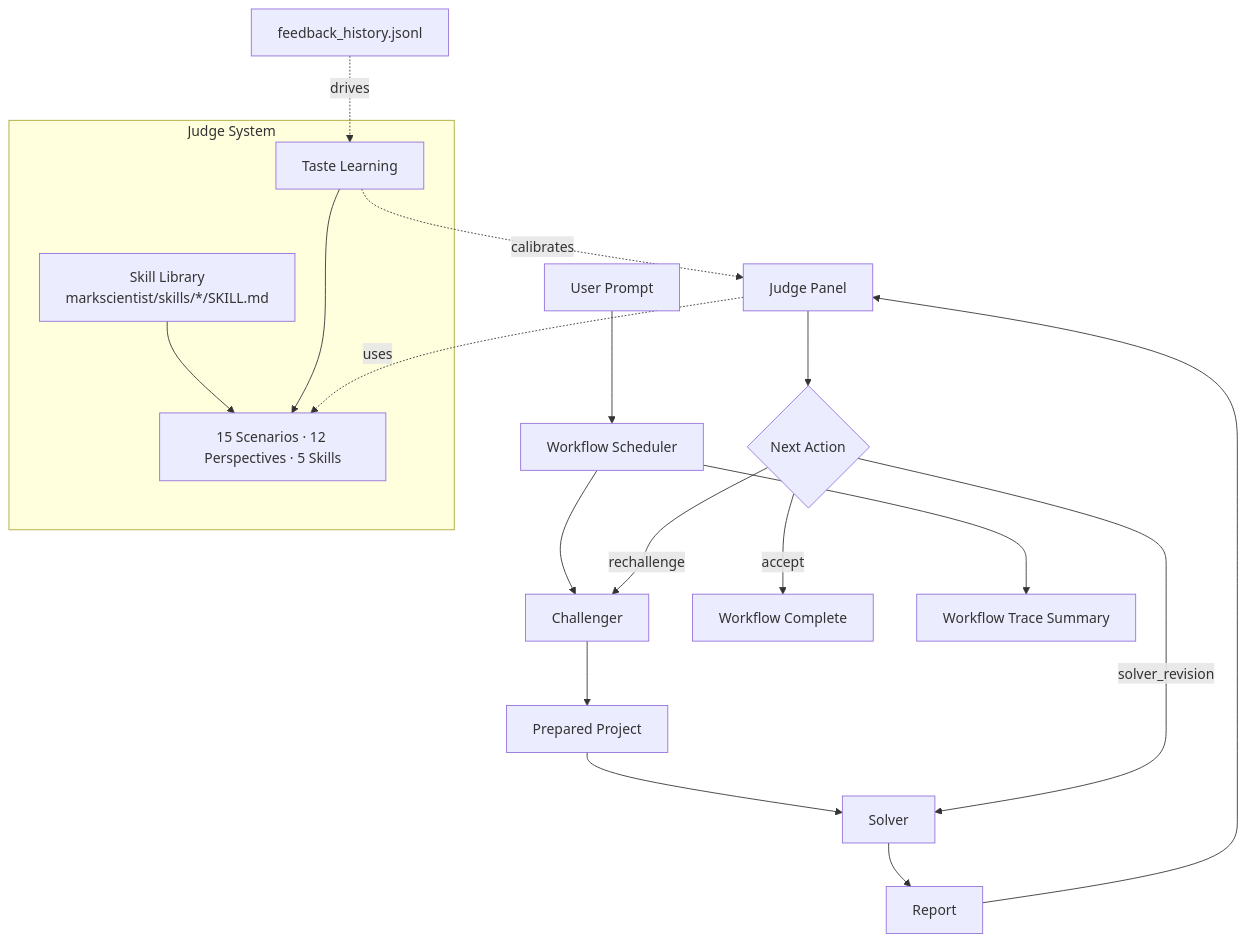
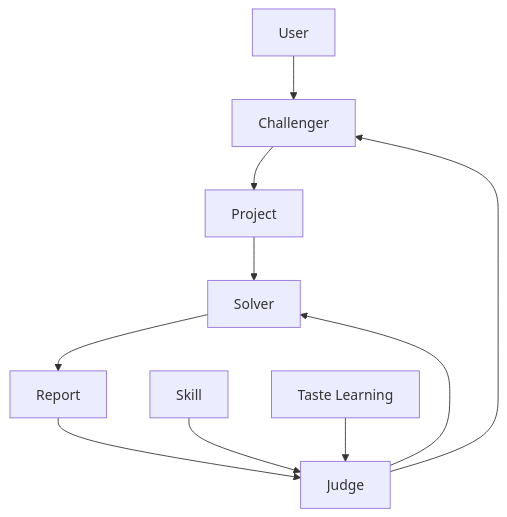
One commit to robbenplus/MarkScientist changed the first of 2 diagrams in README.md. Above: the diagram before and after it, drawn with Mermaid.

Commit message:
Simplify workflow diagram

````diff
--- a/README.md
+++ b/README.md
@@ -107,25 +107,21 @@
 ```mermaid
 flowchart TD
-    subgraph JPS[Judge System]
-        META[15 Scenarios · 12 Perspectives · 5 Skills]
-        SK[Skill Library<br/>markscientist/skills/*/SKILL.md]
-        TL[Taste Learning]
-        SK --> META
-        TL --> META
-    end
+    U[User]
+    C[Challenger]
+    P[Project]
+    S[Solver]
+    R[Report]
+    J[Judge]
+    SK[Skill]
+    TL[Taste Learning]
 
-    U[User Prompt] --> WF[Workflow Scheduler]
-    WF --> C[Challenger]
-    C --> P[Prepared Project]
-    P --> S[Solver]
-    S --> R[Report]
-    R --> J[Judge Panel]
-    J --> F{Next Action}
-    F -->|solver_revision| S
-    F -->|rechallenge| C
-    F -->|accept| DONE[Workflow Complete]
-    J -. uses .-> META
-    FB[feedback_history.jsonl] -. drives .-> TL
-    TL -. calibrates .-> J
-    WF --> T[Workflow Trace Summary]
+    U --> C
+    C --> P
+    P --> S
+    S --> R
+    R --> J
+    J --> S
+    J --> C
+    SK --> J
+    TL --> J
 ```
````
